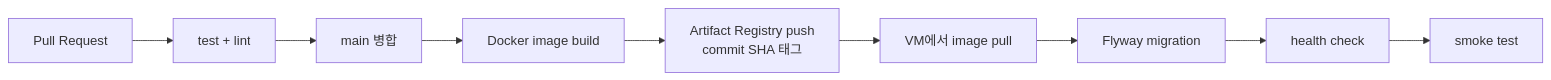
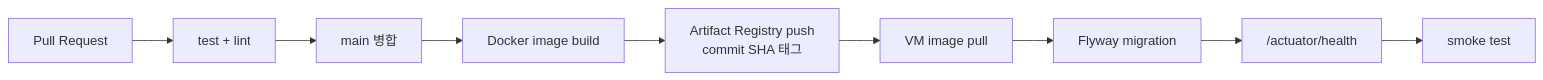
The fourth of 4 diagrams in specs/시스템아키텍처_v1.0.md (2026-Siheung-SW-Bootcamp-Team-D/docs), drawn with Mermaid before and after one commit. The commit also changed other lines of this file and 6 other files, not shown here.

````diff
--- a/specs/시스템아키텍처_v1.0.md
+++ b/specs/시스템아키텍처_v1.0.md
@@ -404,11 +332,11 @@
 ```mermaid
 flowchart LR
     PR["Pull Request"] --> TEST["test + lint"]
     TEST --> MERGE["main 병합"]
     MERGE --> BUILD["Docker image build"]
     BUILD --> AR["Artifact Registry push<br/>commit SHA 태그"]
-    AR --> DEPLOY["VM에서 image pull"]
+    AR --> DEPLOY["VM image pull"]
     DEPLOY --> MIG["Flyway migration"]
-    MIG --> HEALTH["health check"]
+    MIG --> HEALTH["/actuator/health"]
     HEALTH --> SMOKE["smoke test"]
 ```
````
